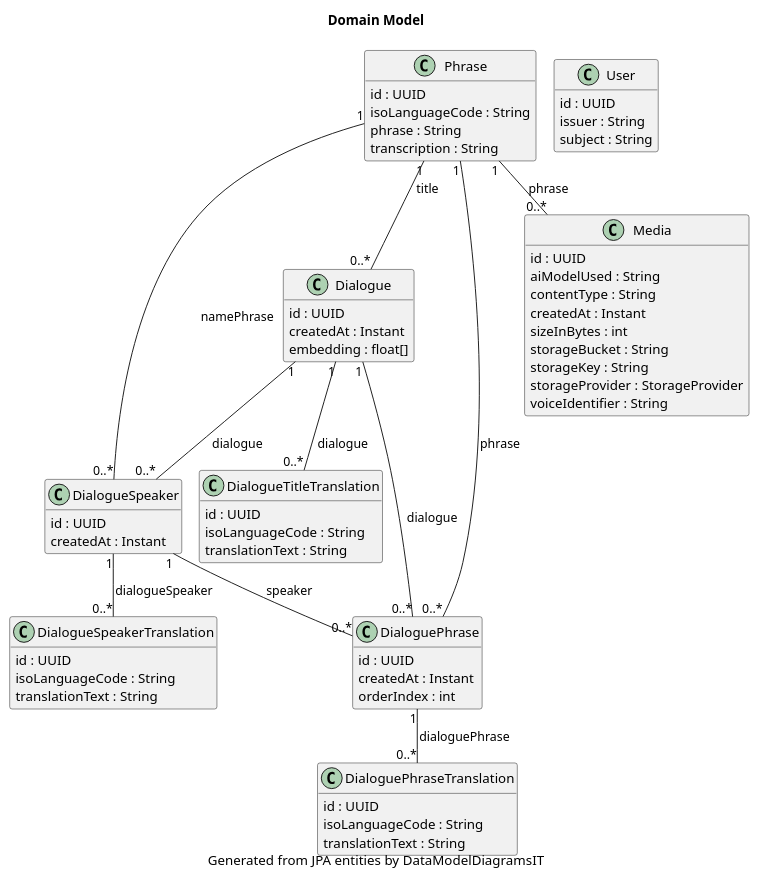
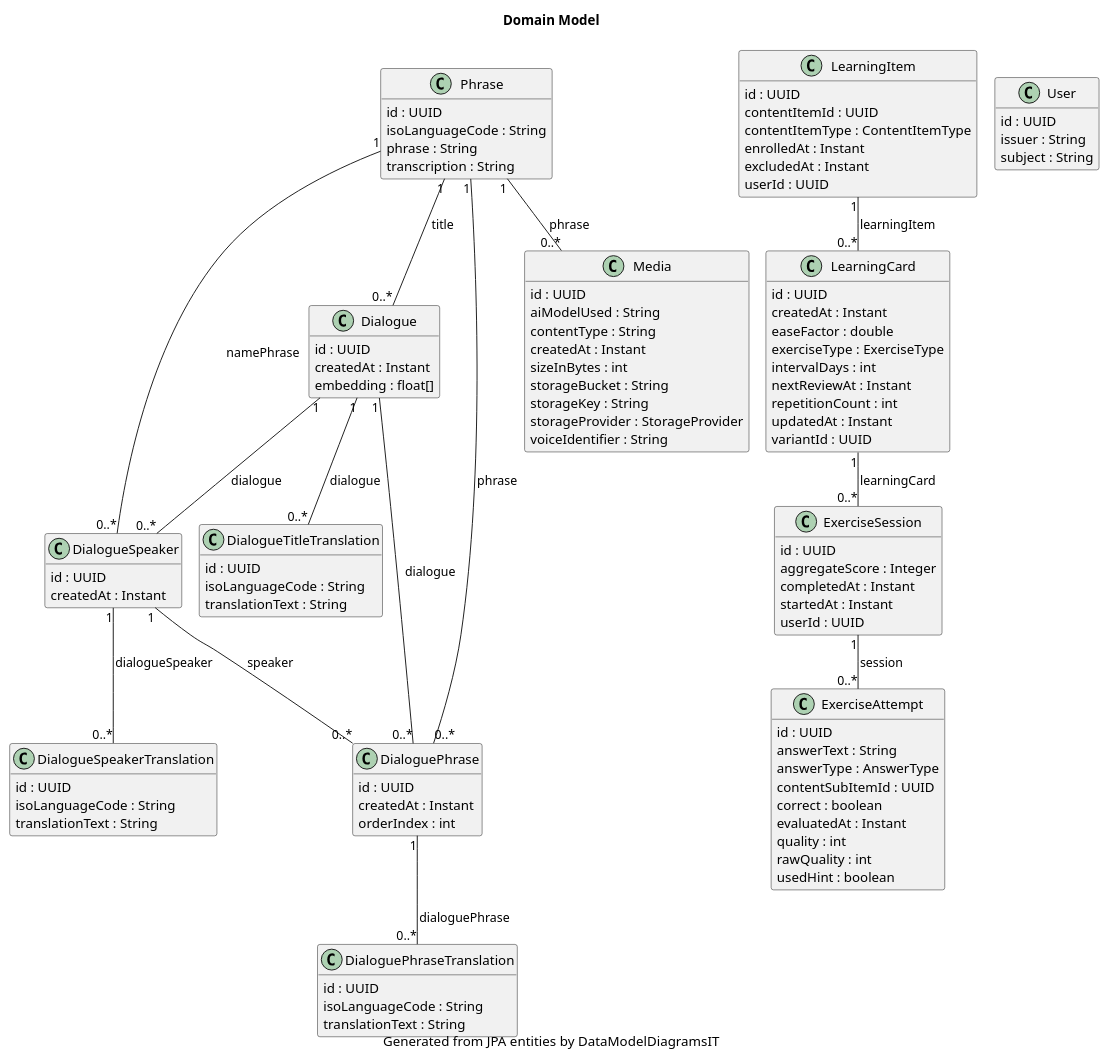
The diagram in docs/generated/DomainModel.puml (blbulyandavbulyan/armenian-learning-assistant-be), drawn with PlantUML before and after one commit. The commit also changed 2 other files, not shown here.

```diff
--- a/docs/generated/DomainModel.puml
+++ b/docs/generated/DomainModel.puml
@@ -1,73 +1,113 @@
 @startuml
 !pragma layout smetana
 
 title Domain Model
 caption Generated from JPA entities by DataModelDiagramsIT
 
 hide empty members
 skinparam classAttributeIconSize 0
 
 class Dialogue {
   id : UUID
   createdAt : Instant
   embedding : float[]
 }
 class DialoguePhrase {
   id : UUID
   createdAt : Instant
   orderIndex : int
 }
 class DialoguePhraseTranslation {
   id : UUID
   isoLanguageCode : String
   translationText : String
 }
 class DialogueSpeaker {
   id : UUID
   createdAt : Instant
 }
 class DialogueSpeakerTranslation {
   id : UUID
   isoLanguageCode : String
   translationText : String
 }
 class DialogueTitleTranslation {
   id : UUID
   isoLanguageCode : String
   translationText : String
 }
+class ExerciseAttempt {
+  id : UUID
+  answerText : String
+  answerType : AnswerType
+  contentSubItemId : UUID
+  correct : boolean
+  evaluatedAt : Instant
+  quality : int
+  rawQuality : int
+  usedHint : boolean
+}
+class ExerciseSession {
+  id : UUID
+  aggregateScore : Integer
+  completedAt : Instant
+  startedAt : Instant
+  userId : UUID
+}
+class LearningCard {
+  id : UUID
+  createdAt : Instant
+  easeFactor : double
+  exerciseType : ExerciseType
+  intervalDays : int
+  nextReviewAt : Instant
+  repetitionCount : int
+  updatedAt : Instant
+  variantId : UUID
+}
+class LearningItem {
+  id : UUID
+  contentItemId : UUID
+  contentItemType : ContentItemType
+  enrolledAt : Instant
+  excludedAt : Instant
+  userId : UUID
+}
 class Media {
   id : UUID
   aiModelUsed : String
   contentType : String
   createdAt : Instant
   sizeInBytes : int
   storageBucket : String
   storageKey : String
   storageProvider : StorageProvider
   voiceIdentifier : String
 }
 class Phrase {
   id : UUID
   isoLanguageCode : String
   phrase : String
   transcription : String
 }
 class User {
   id : UUID
   issuer : String
   subject : String
 }
 
 Dialogue "1" -- "0..*" DialoguePhrase : dialogue
 Dialogue "1" -- "0..*" DialogueSpeaker : dialogue
 Dialogue "1" -- "0..*" DialogueTitleTranslation : dialogue
 DialoguePhrase "1" -- "0..*" DialoguePhraseTranslation : dialoguePhrase
 DialogueSpeaker "1" -- "0..*" DialoguePhrase : speaker
 DialogueSpeaker "1" -- "0..*" DialogueSpeakerTranslation : dialogueSpeaker
+ExerciseSession "1" -- "0..*" ExerciseAttempt : session
+LearningCard "1" -- "0..*" ExerciseSession : learningCard
+LearningItem "1" -- "0..*" LearningCard : learningItem
 Phrase "1" -- "0..*" Dialogue : title
 Phrase "1" -- "0..*" DialoguePhrase : phrase
 Phrase "1" -- "0..*" DialogueSpeaker : namePhrase
 Phrase "1" -- "0..*" Media : phrase
 
 @enduml
```
